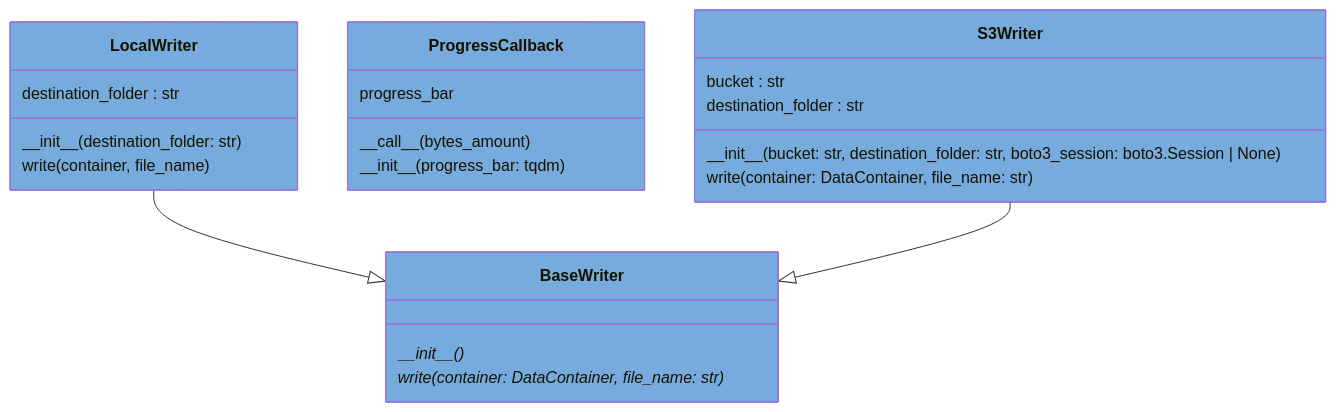
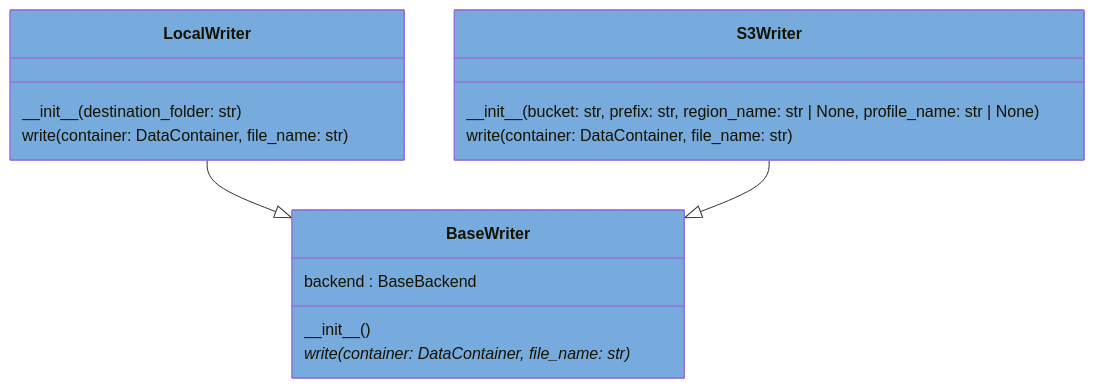
The diagram in docs/pyreverse/mermaid/classes_pythermondt.writers.mmd (voidsy-gmbh/pyThermoNDT), drawn with Mermaid before and after one commit. The commit also changed 16 other files, not shown here.

```diff
--- a/docs/pyreverse/mermaid/classes_pythermondt.writers.mmd
+++ b/docs/pyreverse/mermaid/classes_pythermondt.writers.mmd
@@ -1,27 +1,19 @@
 classDiagram
   class BaseWriter {
-    \_\_init\_\_()*
+    backend : BaseBackend
+    \_\_init\_\_()
     write(container: DataContainer, file_name: str)*
   }
   style BaseWriter fill:#77AADD
   class LocalWriter {
-    destination_folder : str
     \_\_init\_\_(destination_folder: str)
-    write(container, file_name)
+    write(container: DataContainer, file_name: str)
   }
   style LocalWriter fill:#77AADD
-  class ProgressCallback {
-    progress_bar
-    \_\_call\_\_(bytes_amount)
-    \_\_init\_\_(progress_bar: tqdm)
-  }
-  style ProgressCallback fill:#77AADD
   class S3Writer {
-    bucket : str
-    destination_folder : str
-    \_\_init\_\_(bucket: str, destination_folder: str, boto3_session: boto3.Session | None)
+    \_\_init\_\_(bucket: str, prefix: str, region_name: str | None, profile_name: str | None)
     write(container: DataContainer, file_name: str)
   }
   style S3Writer fill:#77AADD
   LocalWriter --|> BaseWriter
   S3Writer --|> BaseWriter
```
